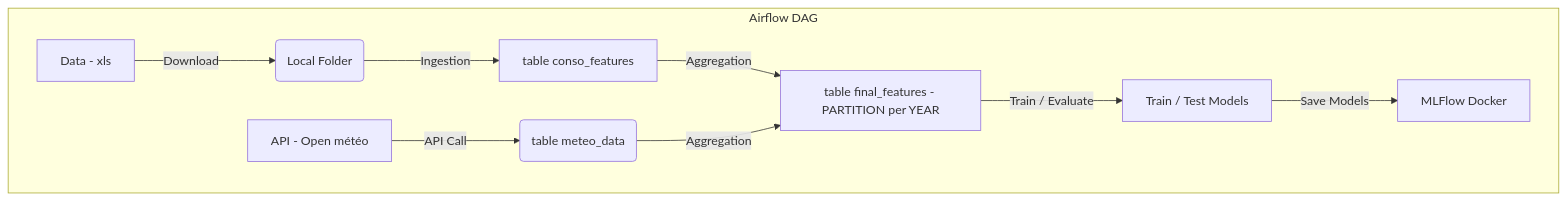
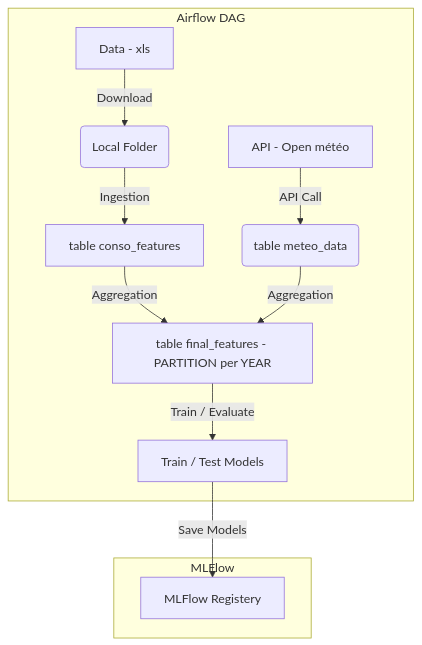
The diagram in README.md (s-candido/EDF-mspr3), drawn with Mermaid before and after one commit.

````diff
--- a/README.md
+++ b/README.md
@@ -15,12 +15,15 @@
 ```mermaid
 flowchart TD
+    subgraph MLFlow
+        G[MLFlow Registery]
+    end
     subgraph Airflow DAG
         T[API - Open météo] -->|API Call| E(table meteo_data)
         A[Data - xls] -->|Download| B(Local Folder)
         B -->|Ingestion| C[table conso_features]
         C -->|Aggregation| D
         E -->|Aggregation| D[table final_features - PARTITION per YEAR]
         D -->|Train / Evaluate| F[Train / Test Models]
-        F -->|Save Models| G[MLFlow Docker]
+        F -->|Save Models| G
     end
 ```
````
